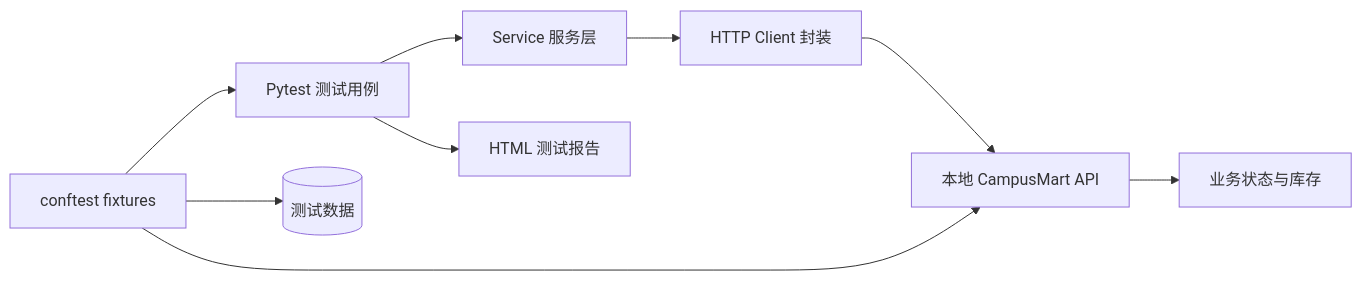
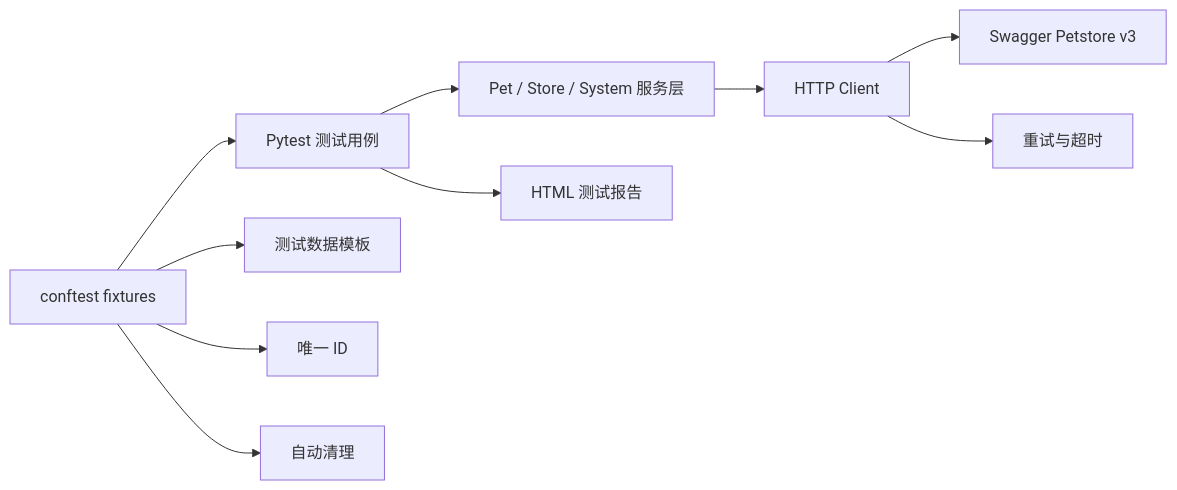
Before and after one commit to ri-ce/petstore-api-test-framework: the diagram in README.md, drawn with Mermaid. The commit also changed other lines of this file and 21 other files, not shown here.

Commit message:
feat: replace demo with Swagger Petstore API tests

````diff
--- a/README.md
+++ b/README.md
@@ -40,11 +51,12 @@
 ```mermaid
 flowchart LR
-    T[Pytest 测试用例] --> S[Service 服务层]
-    S --> C[HTTP Client 封装]
-    C --> A[本地 CampusMart API]
+    T[Pytest 测试用例] --> S[Pet / Store / System 服务层]
+    S --> C[HTTP Client]
+    C --> R[Swagger Petstore v3]
     F[conftest fixtures] --> T
-    F --> D[(测试数据)]
-    F --> A
-    A --> R[业务状态与库存]
+    F --> D[测试数据模板]
+    F --> U[唯一 ID]
+    F --> X[自动清理]
+    C --> P[重试与超时]
     T --> H[HTML 测试报告]
 ```
````
